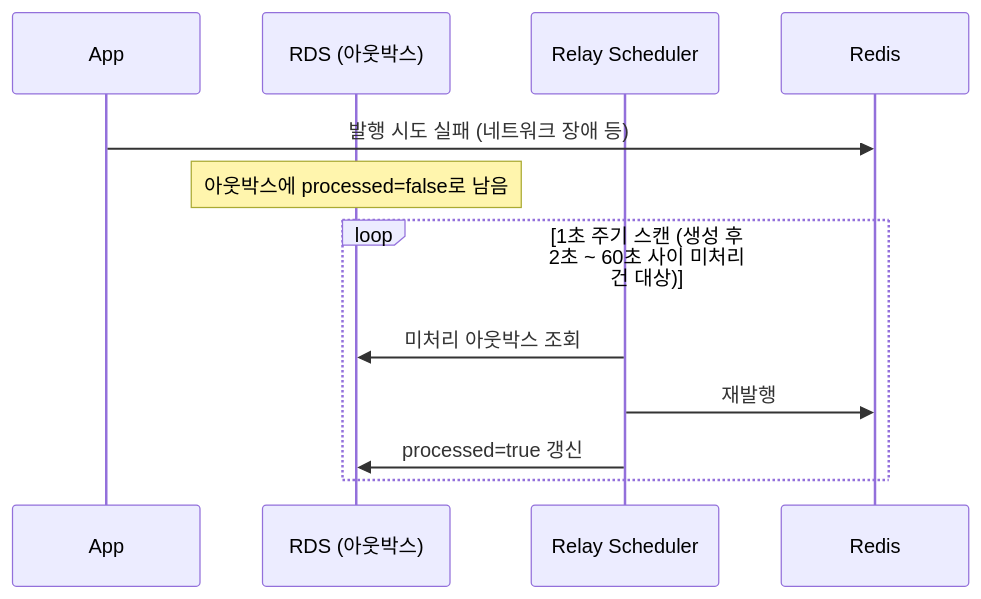
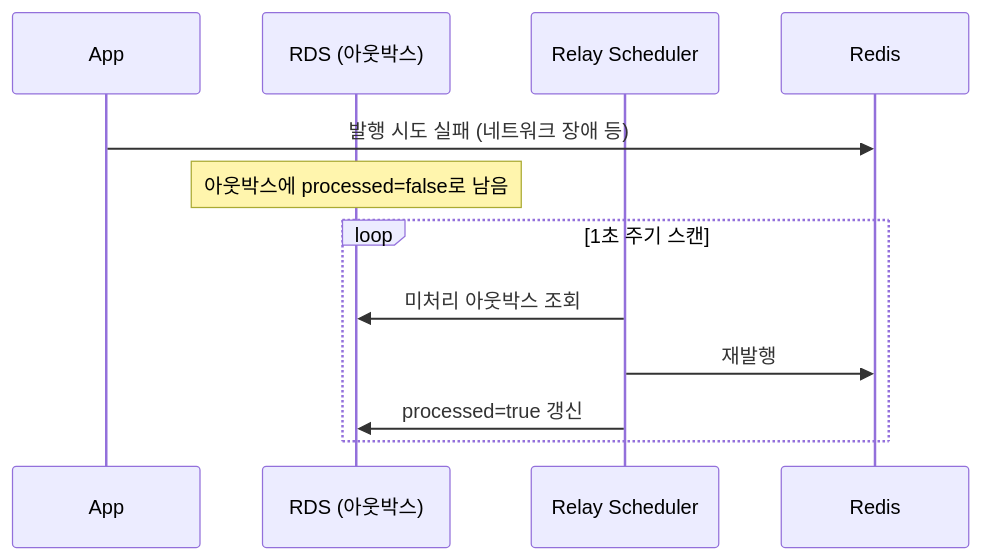
Before and after one commit to Splleat/Messenger-Project: the second of 2 diagrams in README.md, drawn with Mermaid. The commit also changed other lines of this file, not shown here.

````diff
--- a/README.md
+++ b/README.md
@@ -62,15 +62,15 @@
 ```mermaid
 sequenceDiagram
     participant A1 as App #1
     participant DB as RDS (아웃박스)
     participant Sched as Relay Scheduler
     participant R as Redis
 
     A1->>R: 발행 시도 실패 (네트워크 장애 등)
     Note over DB: 아웃박스에 processed=false로 남음
-    loop 1초 주기 스캔 (생성 후 2초 ~ 60초 사이 미처리 건 대상)
+    loop 1초 주기 스캔
         Sched->>DB: 미처리 아웃박스 조회
         Sched->>R: 재발행
         Sched->>DB: processed=true 갱신
     end
 ```
````
